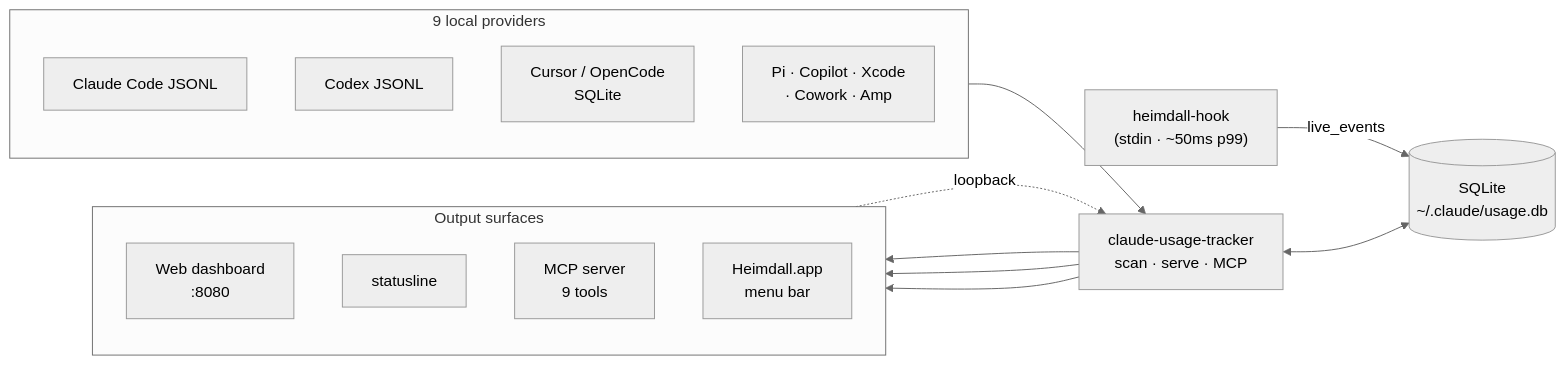
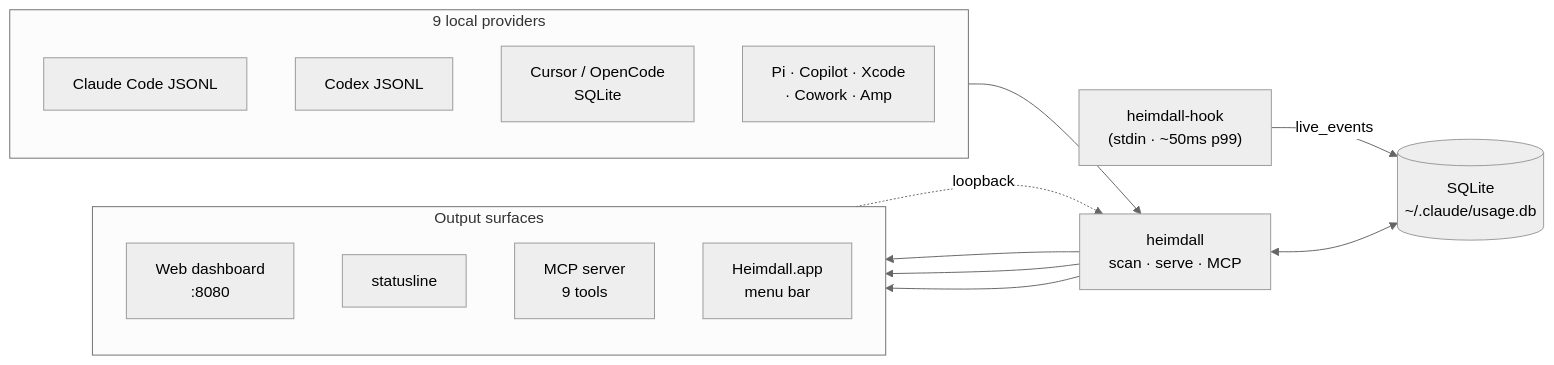
The first of 2 diagrams in docs/architecture.md (po4yka/claude-usage-tracker), drawn with Mermaid (neutral theme) before and after one commit. The commit also changed 19 other files, not shown here.

````diff
--- a/docs/architecture.md
+++ b/docs/architecture.md
@@ -7,30 +7,30 @@
 ```mermaid
 flowchart LR
   subgraph S["9 local providers"]
     direction TB
     S1[Claude Code JSONL]
     S2[Codex JSONL]
     S3[Cursor / OpenCode<br/>SQLite]
     S4[Pi · Copilot · Xcode<br/>· Cowork · Amp]
   end
 
   HK["heimdall-hook<br/>(stdin · ~50ms p99)"]
-  CLI["claude-usage-tracker<br/>scan · serve · MCP"]
+  CLI["heimdall<br/>scan · serve · MCP"]
   DB[("SQLite<br/>~/.claude/usage.db")]
 
   subgraph U["Output surfaces"]
     direction TB
     U1[Web dashboard<br/>:8080]
     U2[statusline]
     U3[MCP server<br/>9 tools]
     U4[Heimdall.app<br/>menu bar]
   end
 
   S --> CLI
   HK -->|live_events| DB
   CLI <--> DB
   CLI --> U1
   CLI --> U2
   CLI --> U3
   U4 -.->|loopback| CLI
 ```
````
